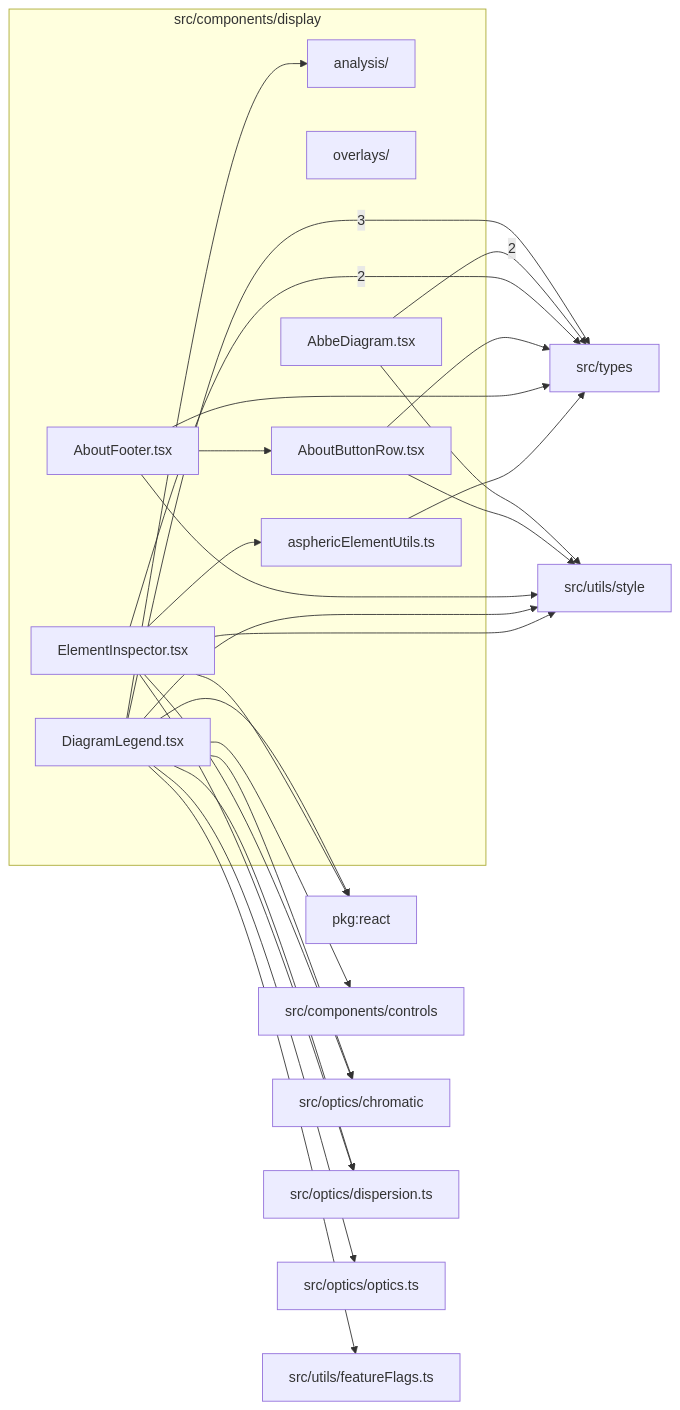
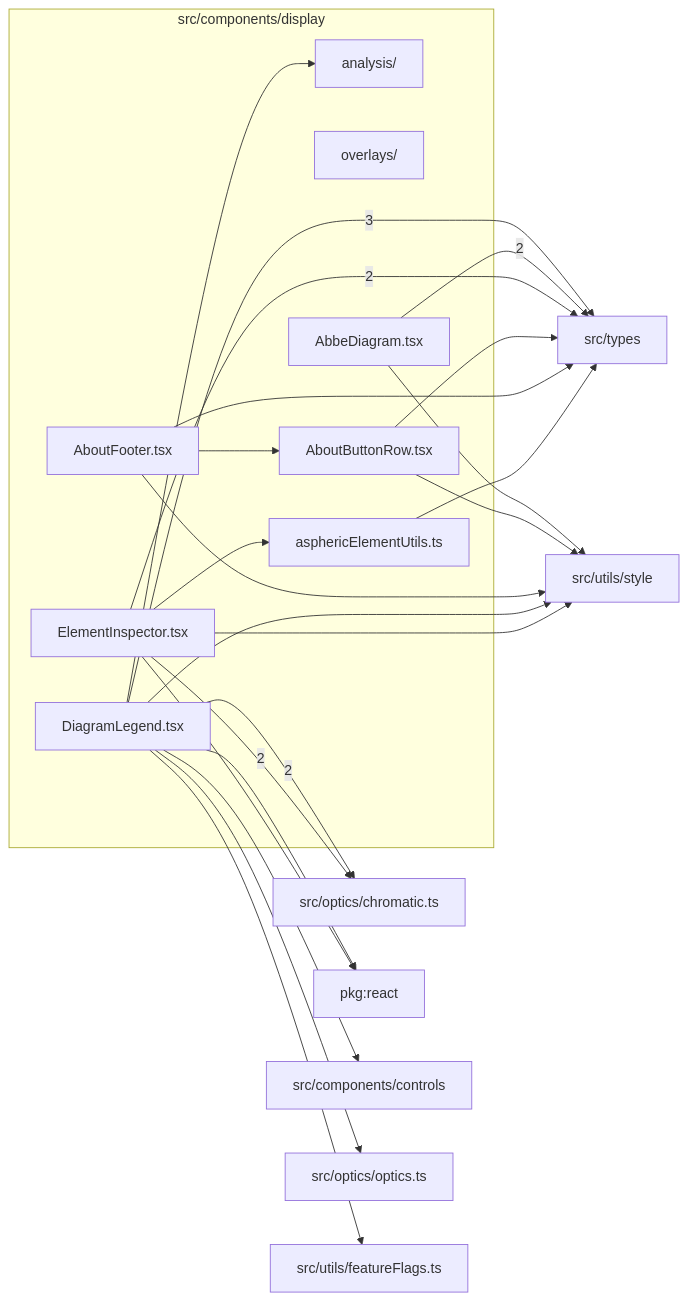
One commit to ronbuening/LensVisualizer changed the diagram in src/components/display/readme.md. Above: the diagram before and after it, drawn with Mermaid. The commit also changed other lines of this file and 439 other files, not shown here.

````diff
--- a/src/components/display/readme.md
+++ b/src/components/display/readme.md
@@ -9,44 +9,41 @@
 ```mermaid
 flowchart LR
   subgraph n_src_components_display["src/components/display"]
     n_src_components_display_src_components_display_analysis["analysis/"]
     n_src_components_display_src_components_display_overlays["overlays/"]
     n_src_components_display_src_components_display_AbbeDiagram_tsx["AbbeDiagram.tsx"]
     n_src_components_display_src_components_display_AboutButtonRow_tsx["AboutButtonRow.tsx"]
     n_src_components_display_src_components_display_AboutFooter_tsx["AboutFooter.tsx"]
     n_src_components_display_src_components_display_asphericElementUtils_ts["asphericElementUtils.ts"]
     n_src_components_display_src_components_display_DiagramLegend_tsx["DiagramLegend.tsx"]
     n_src_components_display_src_components_display_ElementInspector_tsx["ElementInspector.tsx"]
   end
   n_external_src_types["src/types"]
+  n_external_src_optics_chromatic_ts["src/optics/chromatic.ts"]
   n_external_pkg_react["pkg:react"]
   n_external_src_components_controls["src/components/controls"]
-  n_external_src_optics_chromatic["src/optics/chromatic"]
-  n_external_src_optics_dispersion_ts["src/optics/dispersion.ts"]
   n_external_src_optics_optics_ts["src/optics/optics.ts"]
   n_external_src_utils_featureFlags_ts["src/utils/featureFlags.ts"]
   n_external_src_utils_style["src/utils/style"]
   n_src_components_display_src_components_display_DiagramLegend_tsx --> |3| n_external_src_types
+  n_src_components_display_src_components_display_DiagramLegend_tsx --> |2| n_external_src_optics_chromatic_ts
+  n_src_components_display_src_components_display_ElementInspector_tsx --> |2| n_external_src_optics_chromatic_ts
   n_src_components_display_src_components_display_AbbeDiagram_tsx --> |2| n_external_src_types
   n_src_components_display_src_components_display_ElementInspector_tsx --> |2| n_external_src_types
   n_src_components_display_src_components_display_DiagramLegend_tsx --> n_external_pkg_react
   n_src_components_display_src_components_display_ElementInspector_tsx --> n_external_pkg_react
   n_src_components_display_src_components_display_DiagramLegend_tsx --> n_external_src_components_controls
-  n_src_components_display_src_components_display_DiagramLegend_tsx --> n_external_src_optics_chromatic
-  n_src_components_display_src_components_display_ElementInspector_tsx --> n_external_src_optics_chromatic
-  n_src_components_display_src_components_display_DiagramLegend_tsx --> n_external_src_optics_dispersion_ts
-  n_src_components_display_src_components_display_ElementInspector_tsx --> n_external_src_optics_dispersion_ts
   n_src_components_display_src_components_display_DiagramLegend_tsx --> n_external_src_optics_optics_ts
   n_src_components_display_src_components_display_AboutButtonRow_tsx --> n_external_src_types
   n_src_components_display_src_components_display_AboutFooter_tsx --> n_external_src_types
   n_src_components_display_src_components_display_asphericElementUtils_ts --> n_external_src_types
   n_src_components_display_src_components_display_DiagramLegend_tsx --> n_external_src_utils_featureFlags_ts
   n_src_components_display_src_components_display_AbbeDiagram_tsx --> n_external_src_utils_style
   n_src_components_display_src_components_display_AboutButtonRow_tsx --> n_external_src_utils_style
   n_src_components_display_src_components_display_AboutFooter_tsx --> n_external_src_utils_style
   n_src_components_display_src_components_display_DiagramLegend_tsx --> n_external_src_utils_style
   n_src_components_display_src_components_display_ElementInspector_tsx --> n_external_src_utils_style
   n_src_components_display_src_components_display_AboutFooter_tsx --> n_src_components_display_src_components_display_AboutButtonRow_tsx
   n_src_components_display_src_components_display_DiagramLegend_tsx --> n_src_components_display_src_components_display_analysis
   n_src_components_display_src_components_display_ElementInspector_tsx --> n_src_components_display_src_components_display_asphericElementUtils_ts
 ```
````
